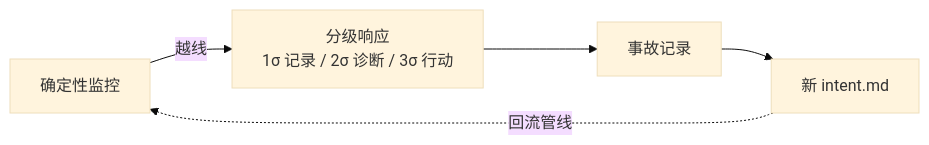
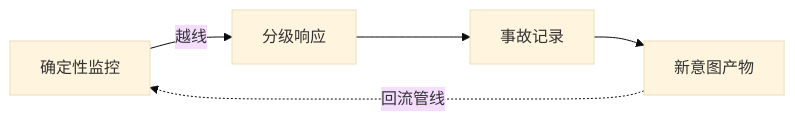
The third of 3 diagrams in docs/tech/ai-native-sdlc.md (AI-PM-Wiki/AIPM), drawn with Mermaid (base theme) before and after one commit. The commit also changed other lines of this file and 248 other files, not shown here.

````diff
--- a/docs/tech/ai-native-sdlc.md
+++ b/docs/tech/ai-native-sdlc.md
@@ -83,7 +78,7 @@
 ```mermaid
 flowchart LR
-    mon[确定性监控] -->|越线| tier[分级响应<br>1σ 记录 / 2σ 诊断 / 3σ 行动]
+    mon[确定性监控] -->|越线| tier[分级响应]
     tier --> doc[事故记录]
-    doc --> intent2[新 intent.md]
+    doc --> intent2[新意图产物]
     intent2 -.->|回流管线| mon
 ```
````
